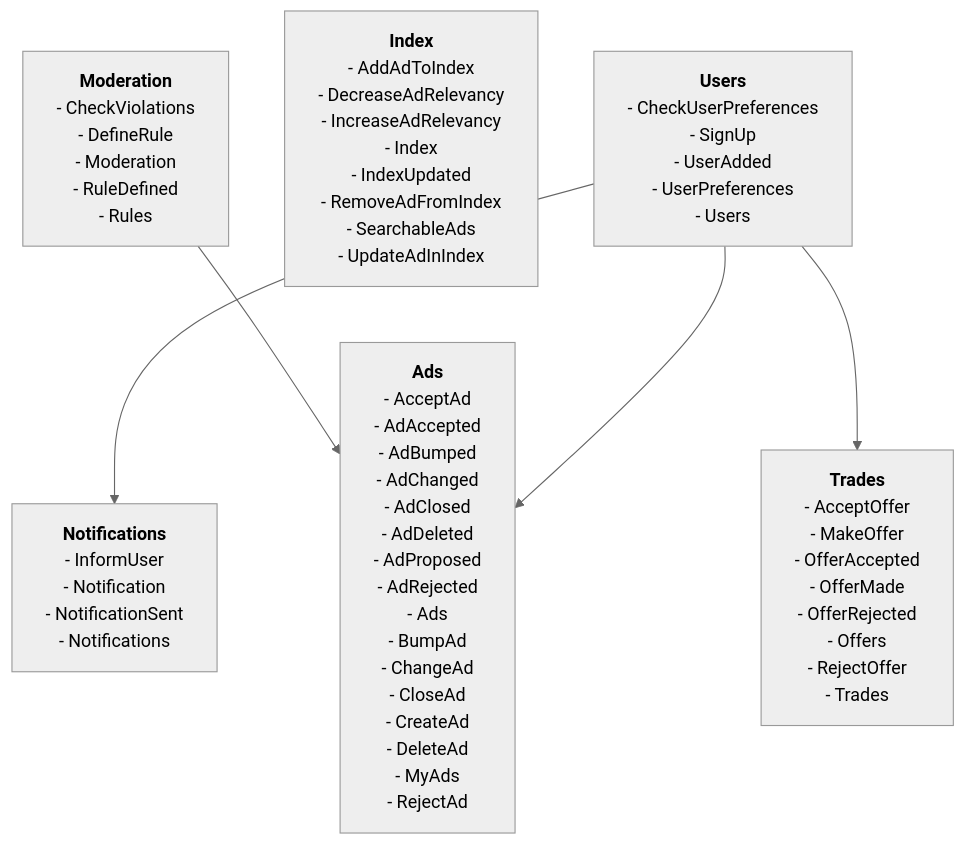
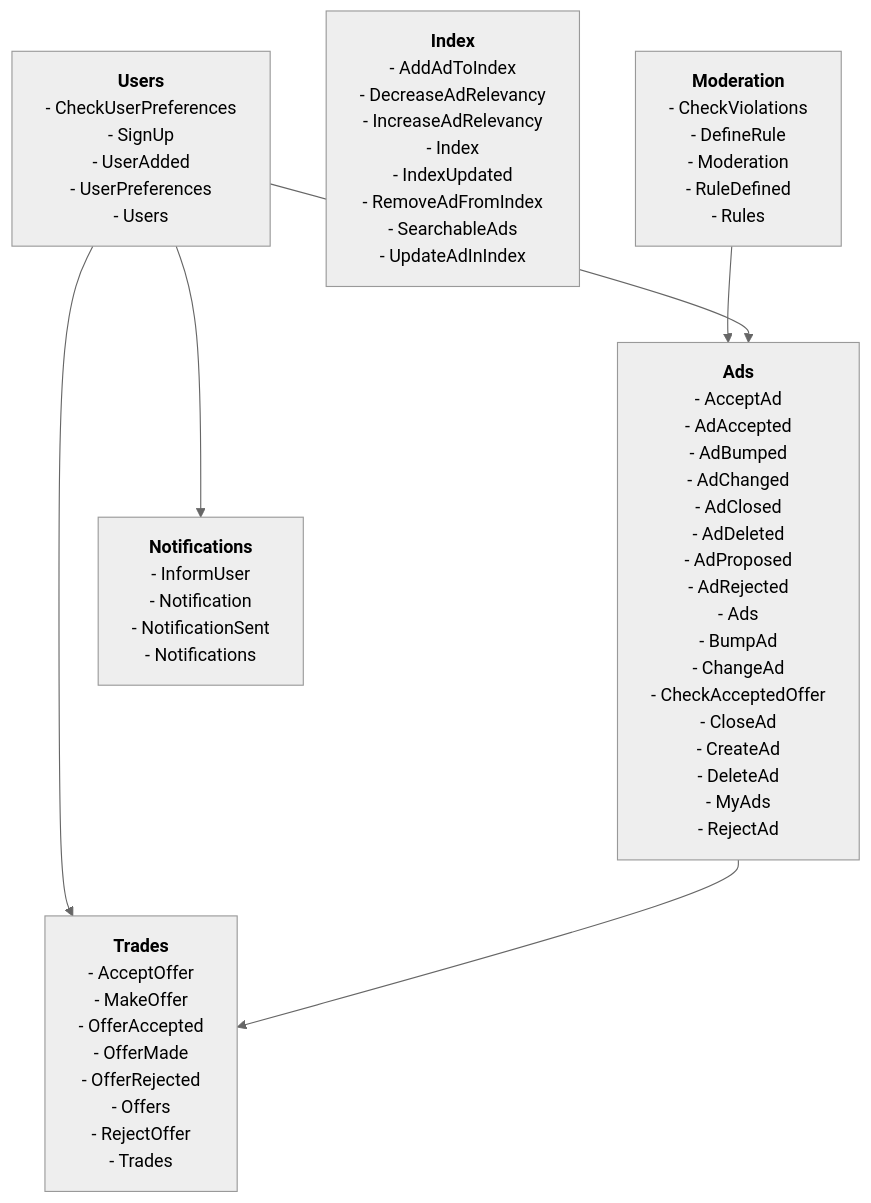
Before and after one commit to setms/book: the second of 2 diagrams in docs/examples/classifieds/index.md, drawn with Mermaid (neutral theme). The commit also changed 1 other file, not shown here.

Commit message:
doc: Updates modules

````diff
--- a/docs/examples/classifieds/index.md
+++ b/docs/examples/classifieds/index.md
@@ -91,60 +91,62 @@
 ```mermaid
 graph
   usersModule["<b>Users</b>
 - CheckUserPreferences
 - SignUp
 - UserAdded
 - UserPreferences
 - Users"]
 adsModule["<b>Ads</b>
 - AcceptAd
 - AdAccepted
 - AdBumped
 - AdChanged
 - AdClosed
 - AdDeleted
 - AdProposed
 - AdRejected
 - Ads
 - BumpAd
 - ChangeAd
+- CheckAcceptedOffer
 - CloseAd
 - CreateAd
 - DeleteAd
 - MyAds
 - RejectAd"]
 indexModule["<b>Index</b>
 - AddAdToIndex
 - DecreaseAdRelevancy
 - IncreaseAdRelevancy
 - Index
 - IndexUpdated
 - RemoveAdFromIndex
 - SearchableAds
 - UpdateAdInIndex"]
 notificationsModule["<b>Notifications</b>
 - InformUser
 - Notification
 - NotificationSent
 - Notifications"]
 moderationModule["<b>Moderation</b>
 - CheckViolations
 - DefineRule
 - Moderation
 - RuleDefined
 - Rules"]
 tradesModule["<b>Trades</b>
 - AcceptOffer
 - MakeOffer
 - OfferAccepted
 - OfferMade
 - OfferRejected
 - Offers
 - RejectOffer
 - Trades"]
 
 moderationModule --> adsModule
 usersModule --> notificationsModule
 usersModule --> adsModule
 usersModule --> tradesModule
+adsModule --> tradesModule
 ```
````
